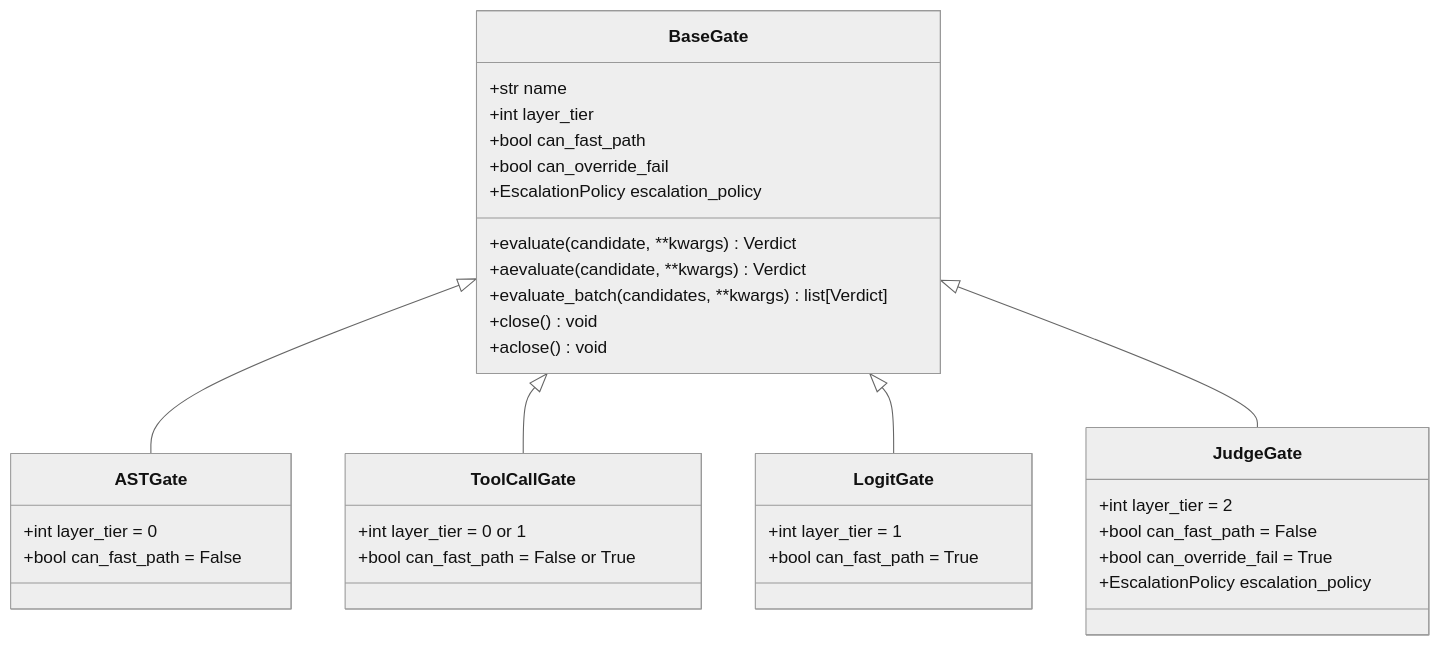
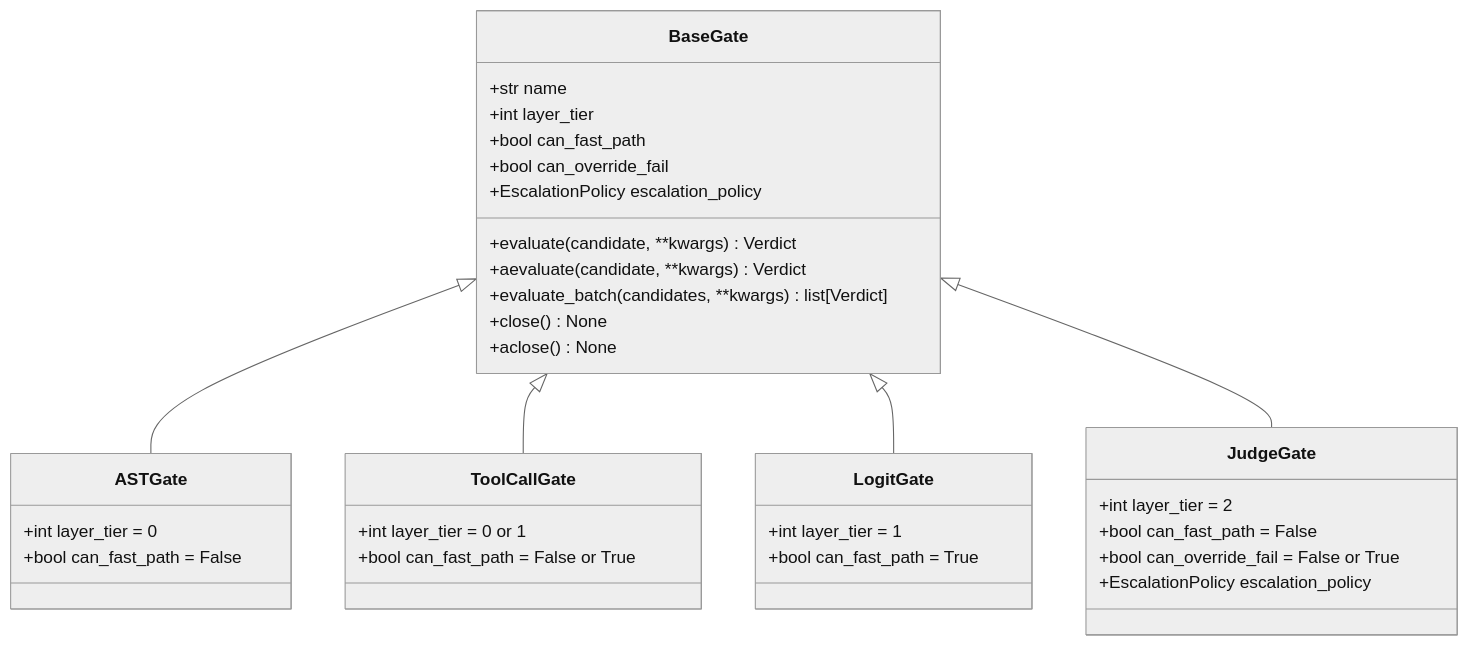
Before and after one commit to jasonbdly/LogitGate: the second of 7 diagrams in docs/architecture.md, drawn with Mermaid (neutral theme). The commit also changed other lines of this file and 24 other files, not shown here.

````diff
--- a/docs/architecture.md
+++ b/docs/architecture.md
@@ -173,37 +175,37 @@
 ```mermaid
 classDiagram
     class BaseGate {
         +str name
         +int layer_tier
         +bool can_fast_path
         +bool can_override_fail
         +EscalationPolicy escalation_policy
         +evaluate(candidate, **kwargs) Verdict
         +aevaluate(candidate, **kwargs) Verdict
         +evaluate_batch(candidates, **kwargs) list[Verdict]
-        +close() void
-        +aclose() void
+        +close() None
+        +aclose() None
     }
     class ASTGate {
         +int layer_tier = 0
         +bool can_fast_path = False
     }
     class ToolCallGate {
         +int layer_tier = 0 or 1
         +bool can_fast_path = False or True
     }
     class LogitGate {
         +int layer_tier = 1
         +bool can_fast_path = True
     }
     class JudgeGate {
         +int layer_tier = 2
         +bool can_fast_path = False
-        +bool can_override_fail = True
+        +bool can_override_fail = False or True
         +EscalationPolicy escalation_policy
     }
     BaseGate <|-- ASTGate
     BaseGate <|-- ToolCallGate
     BaseGate <|-- LogitGate
     BaseGate <|-- JudgeGate
 ```
````
